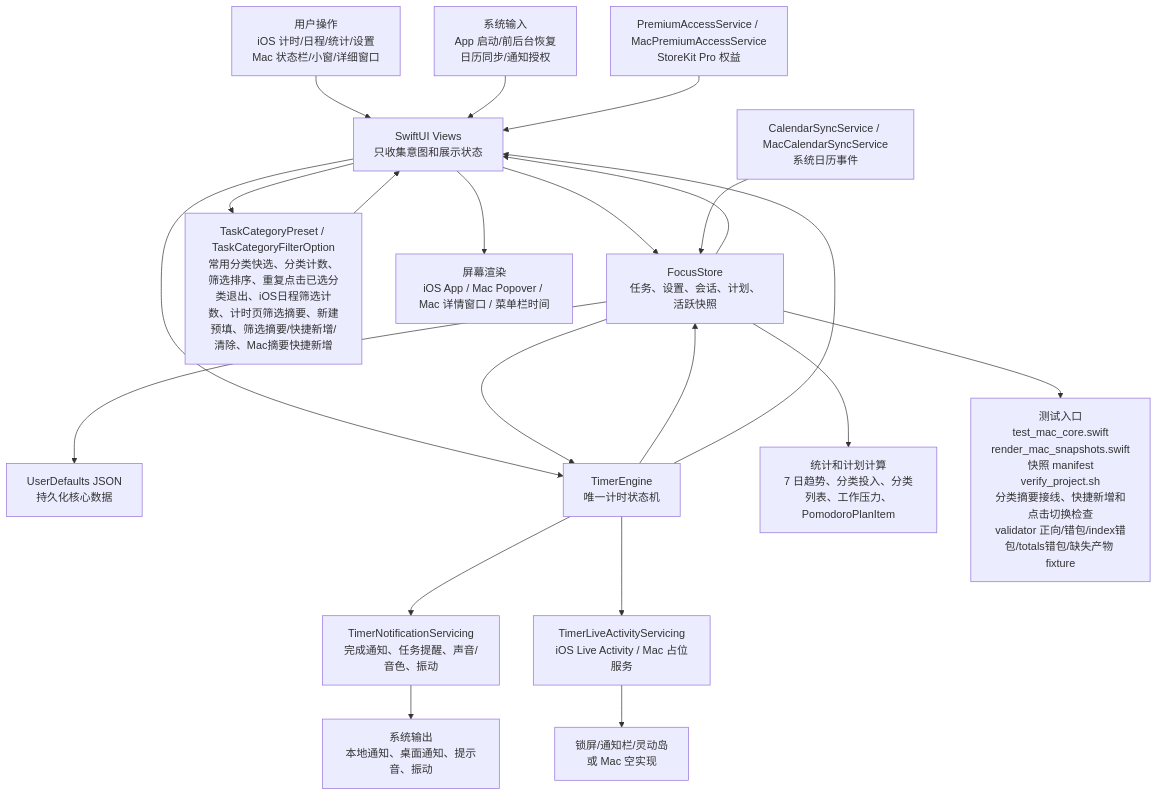
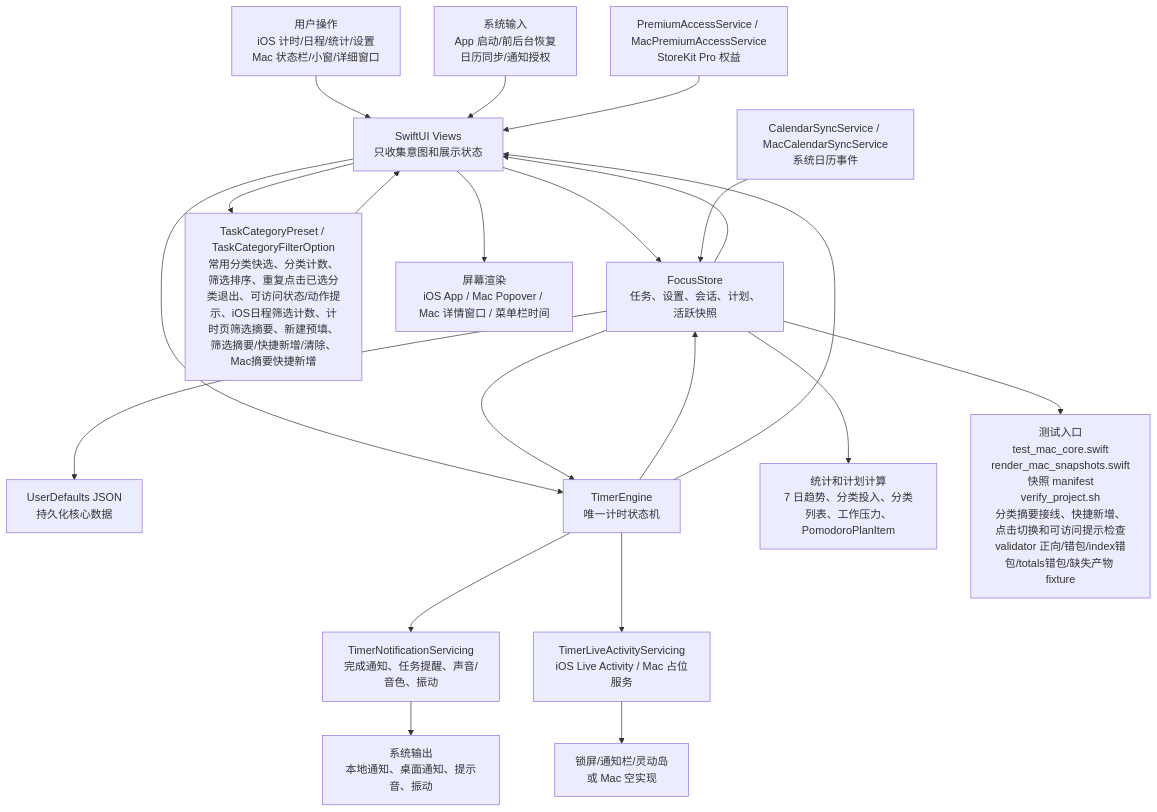
Before and after one commit to Altman-sam114/114: the first of 6 diagrams in md/flow/flowchart.md, drawn with Mermaid. The commit also changed other lines of this file and 9 other files, not shown here.

````diff
--- a/md/flow/flowchart.md
+++ b/md/flow/flowchart.md
@@ -9,23 +9,23 @@
 ```mermaid
 flowchart TD
   U["用户操作<br/>iOS 计时/日程/统计/设置<br/>Mac 状态栏/小窗/详细窗口"] --> V["SwiftUI Views<br/>只收集意图和展示状态"]
   SYS["系统输入<br/>App 启动/前后台恢复<br/>日历同步/通知授权"] --> V
   V --> S["FocusStore<br/>任务、设置、会话、计划、活跃快照"]
-  V --> CAT["TaskCategoryPreset / TaskCategoryFilterOption<br/>常用分类快选、分类计数、筛选排序、重复点击已选分类退出、iOS日程筛选计数、计时页筛选摘要、新建预填、筛选摘要/快捷新增/清除、Mac摘要快捷新增"]
+  V --> CAT["TaskCategoryPreset / TaskCategoryFilterOption<br/>常用分类快选、分类计数、筛选排序、重复点击已选分类退出、可访问状态/动作提示、iOS日程筛选计数、计时页筛选摘要、新建预填、筛选摘要/快捷新增/清除、Mac摘要快捷新增"]
   CAT --> V
   S --> P["UserDefaults JSON<br/>持久化核心数据"]
   V --> E["TimerEngine<br/>唯一计时状态机"]
   S --> E
   E --> S
   E --> N["TimerNotificationServicing<br/>完成通知、任务提醒、声音/音色、振动"]
   E --> L["TimerLiveActivityServicing<br/>iOS Live Activity / Mac 占位服务"]
   S --> C["统计和计划计算<br/>7 日趋势、分类投入、分类列表、工作压力、PomodoroPlanItem"]
   CAL["CalendarSyncService / MacCalendarSyncService<br/>系统日历事件"] --> S
   PRO["PremiumAccessService / MacPremiumAccessService<br/>StoreKit Pro 权益"] --> V
   S --> V
   E --> V
   V --> OUT["屏幕渲染<br/>iOS App / Mac Popover / Mac 详情窗口 / 菜单栏时间"]
   N --> OUT2["系统输出<br/>本地通知、桌面通知、提示音、振动"]
   L --> OUT3["锁屏/通知栏/灵动岛<br/>或 Mac 空实现"]
-  S --> T["测试入口<br/>test_mac_core.swift<br/>render_mac_snapshots.swift<br/>快照 manifest<br/>verify_project.sh<br/>分类摘要接线、快捷新增和点击切换检查<br/>validator 正向/错包/index错包/totals错包/缺失产物 fixture"]
+  S --> T["测试入口<br/>test_mac_core.swift<br/>render_mac_snapshots.swift<br/>快照 manifest<br/>verify_project.sh<br/>分类摘要接线、快捷新增、点击切换和可访问提示检查<br/>validator 正向/错包/index错包/totals错包/缺失产物 fixture"]
 ```
````
